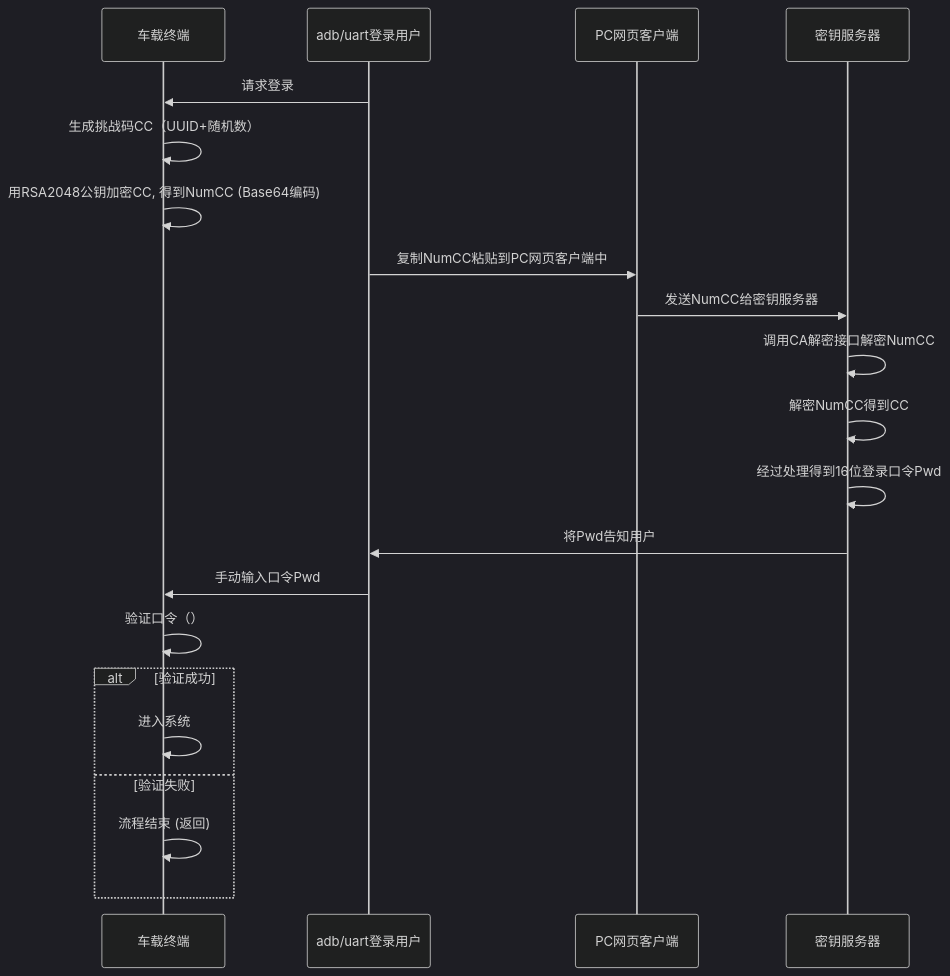
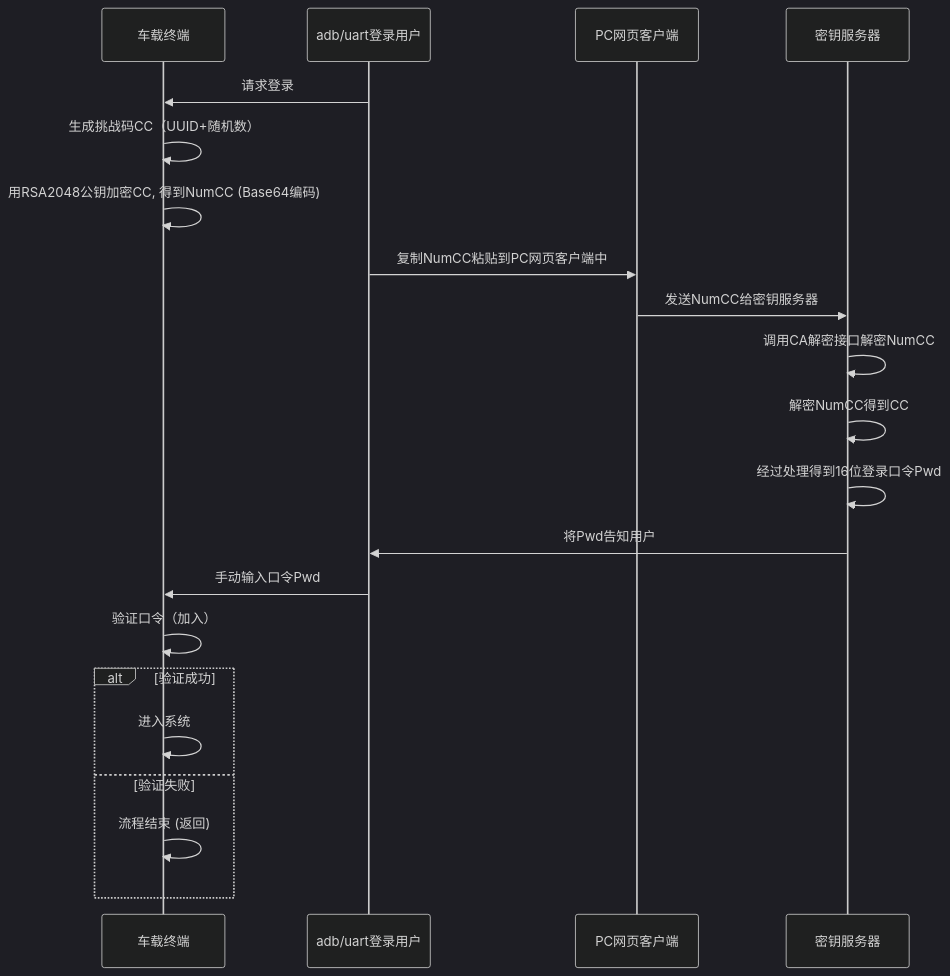
Before and after one commit to facebook-cloud/iodraw-files: the diagram in all/未命名-14.md, drawn with Mermaid (dark theme).

Commit message:
2026-02-03 13:31:05 update

````diff
--- a/all/未命名-14.md
+++ b/all/未命名-14.md
@@ -1,27 +1,27 @@
 ```mermaid
 sequenceDiagram
     participant tbox as 车载终端
     participant user as adb/uart登录用户
     participant pc as PC网页客户端
     participant tech_center as 密钥服务器
   
 
     user->>tbox: 请求登录
     tbox->>tbox: 生成挑战码CC（UUID+随机数）
     tbox->>tbox: 用RSA2048公钥加密CC, 得到NumCC (Base64编码)
     user->>pc: 复制NumCC粘贴到PC网页客户端中
     pc->>tech_center: 发送NumCC给密钥服务器
     tech_center->>tech_center: 调用CA解密接口解密NumCC
     tech_center->>tech_center: 解密NumCC得到CC
     tech_center->>tech_center: 经过处理得到16位登录口令Pwd
     tech_center->>user: 将Pwd告知用户
     user->>tbox: 手动输入口令Pwd
-    tbox->>tbox: 验证口令（）
+    tbox->>tbox: 验证口令（加入）
     alt 验证成功
         tbox->>tbox: 进入系统
     else 验证失败
         tbox->>tbox: 流程结束 (返回)
     end
 
 
 ```
````
